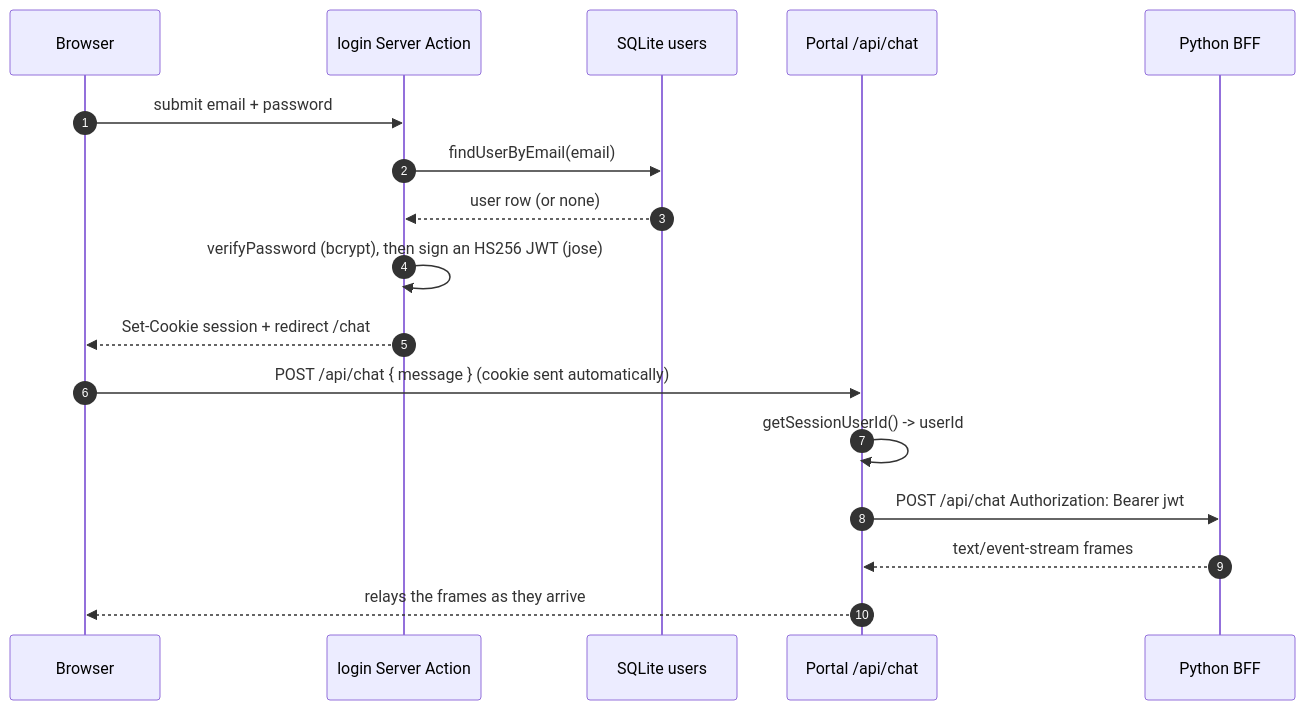
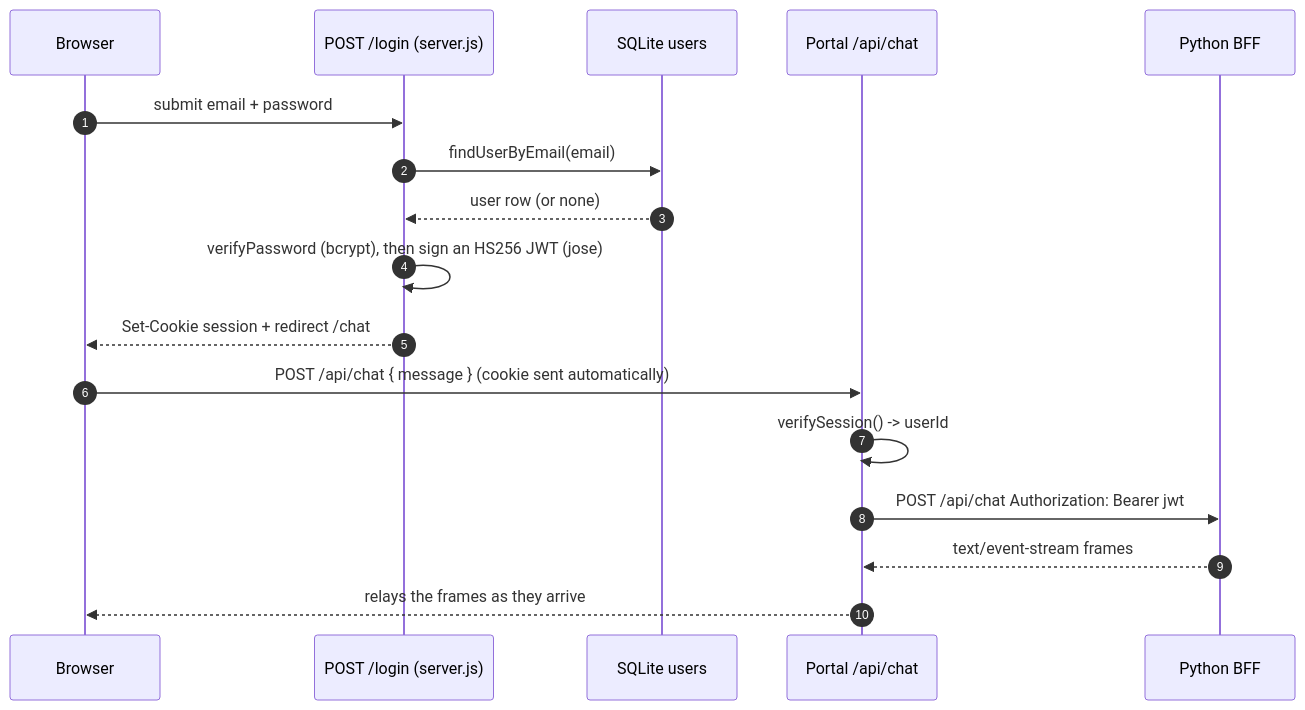
One commit to akashh94/akapal-geap-chat-portal changed the second of 2 diagrams in docs/01-architecture.md. Above: the diagram before and after it, drawn with Mermaid. The commit also changed other lines of this file and 7 other files, not shown here.

````diff
--- a/docs/01-architecture.md
+++ b/docs/01-architecture.md
@@ -75,20 +76,20 @@
 ```mermaid
 sequenceDiagram
   autonumber
   participant U as Browser
-  participant A as login Server Action
+  participant A as POST /login (server.js)
   participant DB as SQLite users
   participant P as Portal /api/chat
   participant B as Python BFF
 
   U->>A: submit email + password
   A->>DB: findUserByEmail(email)
   DB-->>A: user row (or none)
   A->>A: verifyPassword (bcrypt), then sign an HS256 JWT (jose)
   A-->>U: Set-Cookie session + redirect /chat
   U->>P: POST /api/chat { message } (cookie sent automatically)
-  P->>P: getSessionUserId() -> userId
+  P->>P: verifySession() -> userId
   P->>B: POST /api/chat Authorization: Bearer jwt
   B-->>P: text/event-stream frames
   P-->>U: relays the frames as they arrive
 ```
````
